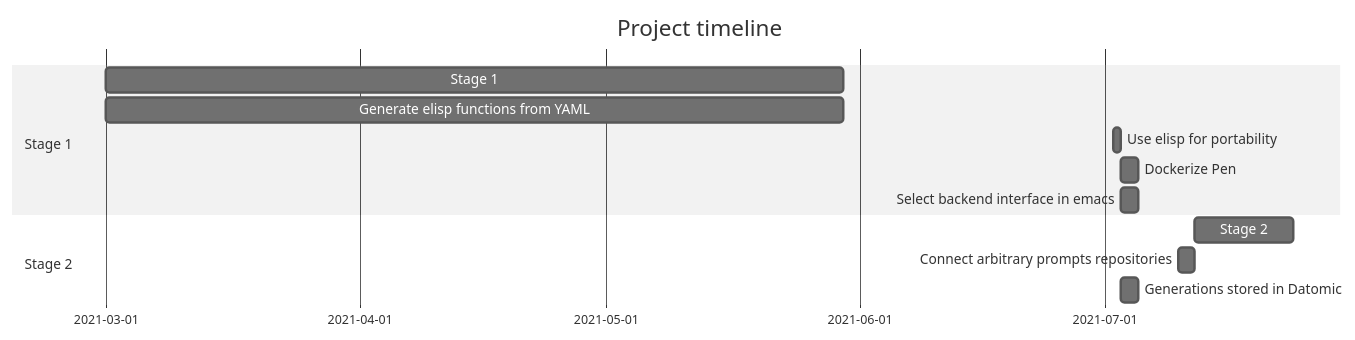
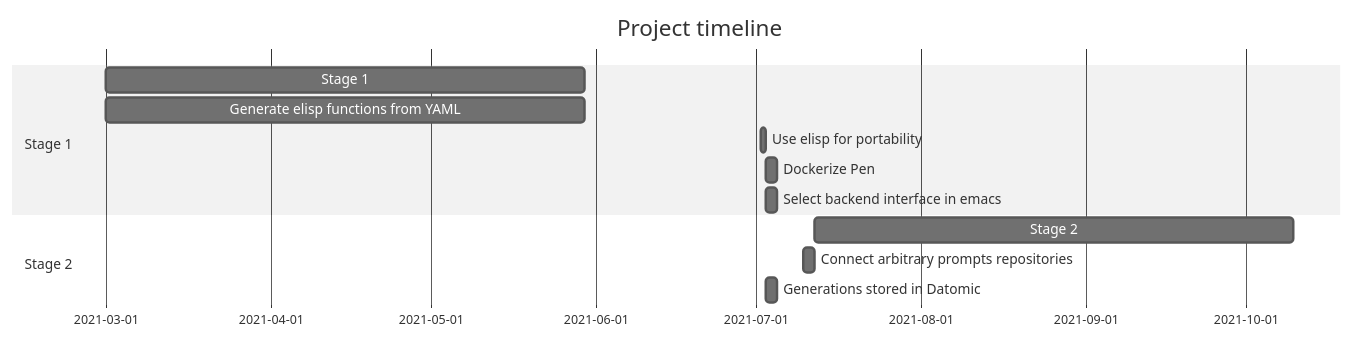
The diagram in docs/README.org (semiosis/pen.el), drawn with Mermaid (neutral theme) before and after one commit.

Commit message:
Fri 02 Jul 2021 16:06:38

```diff
--- a/docs/README.org
+++ b/docs/README.org
@@ -19,16 +19,16 @@
 #+BEGIN_SRC mermaid :results raw :file project-timeline.png
 gantt
         title Project timeline
         dateFormat  YYYY-MM-DD
         section Stage 1
         Stage 1    :a1, 2021-03-01, 90d
         Generate elisp functions from YAML    :a1, 2021-03-01, 90d
         Use elisp for portability     :a2, 2021-07-02, 1d
         Dockerize Pen     :after a2  , 2d
         Select backend interface in emacs     :after a2  , 2d
         section Stage 2
-        Stage 2      :2021-07-12  , 12d
+        Stage 2      :2021-07-12  , 90d
         Connect arbitrary prompts repositories :b1, 2021-07-10, 2d
         Generations stored in Datomic :after a2  , 2d
         section Andrew
 #+END_SRC
```
